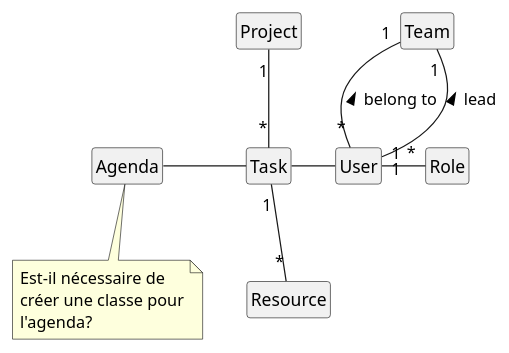
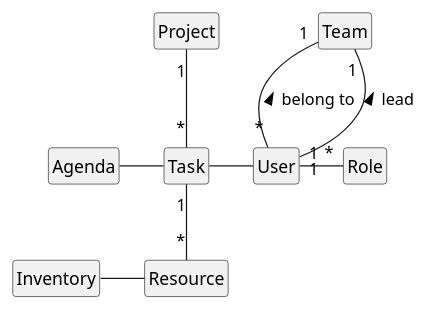
One commit to umons-polytech-odl2017/odl-exercises changed the diagram in domain-model.puml. Above: the diagram before and after it, drawn with PlantUML. The commit also changed 1 other file, not shown here.

Commit message:
Write sequence diagram.

```diff
--- a/domain-model.puml
+++ b/domain-model.puml
@@ -1,23 +1,24 @@
 @startuml
 
 hide empty members
 hide circle
 
 class Agenda
-note bottom: Est-il nécessaire de\ncréer une classe pour\nl'agenda?
 class Task
 class Project
 class Team
 class Resource
 class User
+class Inventory
 
 Agenda - Task
 Project "1" -- "*" Task
 Task "1" -- "*" Resource
 Team "1" -- "*" User : < belong to
 Team "1" -- "1" User : < lead
 
 Task - User
 User "1" - "*" Role
 
+Inventory - Resource
 @enduml
```
